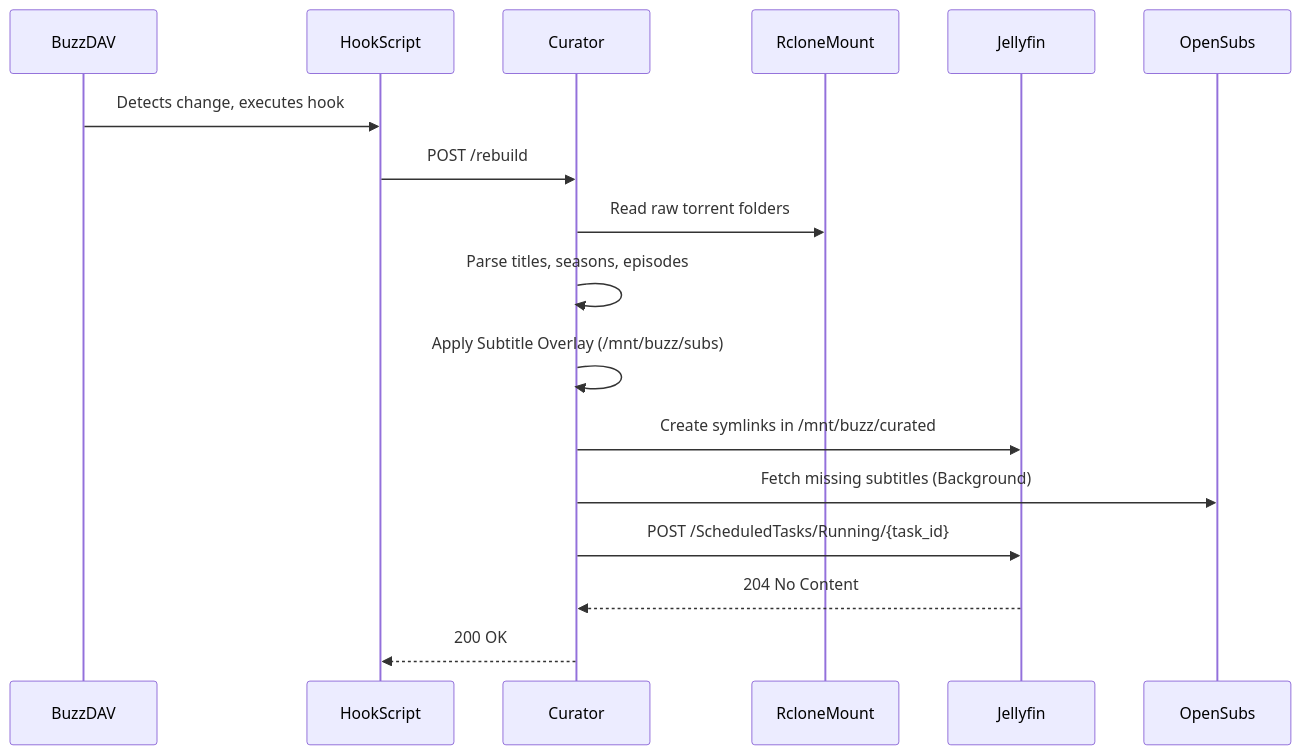
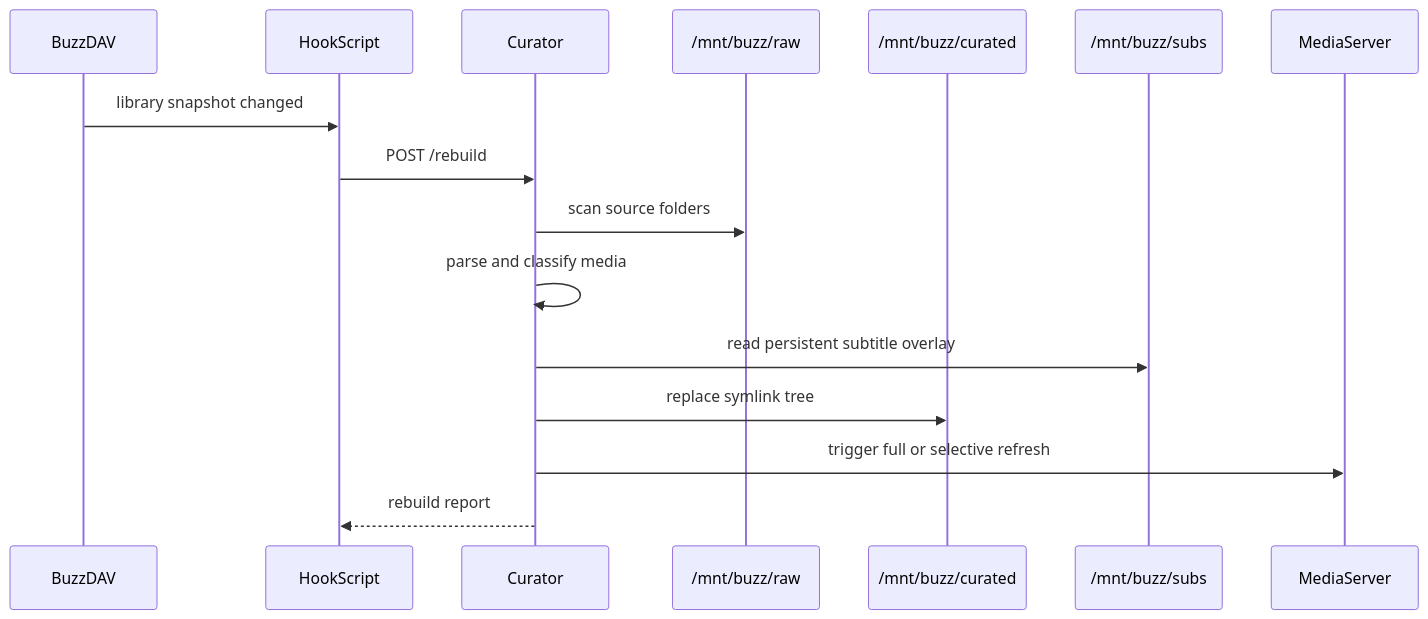
One commit to gchamon/buzz changed the third of 3 diagrams in docs/architecture.md. Above: the diagram before and after it, drawn with Mermaid. The commit also changed other lines of this file and 1 other file, not shown here.

Commit message:
improve readme and architecture

````diff
--- a/docs/architecture.md
+++ b/docs/architecture.md
@@ -82,18 +179,18 @@
 ```mermaid
 sequenceDiagram
     participant BuzzDAV
     participant HookScript
     participant Curator
-    participant RcloneMount
-    participant Jellyfin
-    BuzzDAV->>HookScript: Detects change, executes hook
+    participant Raw as /mnt/buzz/raw
+    participant Curated as /mnt/buzz/curated
+    participant Subs as /mnt/buzz/subs
+    participant MediaServer
+    BuzzDAV->>HookScript: library snapshot changed
     HookScript->>Curator: POST /rebuild
-    Curator->>RcloneMount: Read raw torrent folders
-    Curator->>Curator: Parse titles, seasons, episodes
-    Curator->>Curator: Apply Subtitle Overlay (/mnt/buzz/subs)
-    Curator->>Jellyfin: Create symlinks in /mnt/buzz/curated
-    Curator->>OpenSubs: Fetch missing subtitles (Background)
-    Curator->>Jellyfin: POST /ScheduledTasks/Running/{task_id}
-    Jellyfin-->>Curator: 204 No Content
-    Curator-->>HookScript: 200 OK
+    Curator->>Raw: scan source folders
+    Curator->>Curator: parse and classify media
+    Curator->>Subs: read persistent subtitle overlay
+    Curator->>Curated: replace symlink tree
+    Curator->>MediaServer: trigger full or selective refresh
+    Curator-->>HookScript: rebuild report
 ```
````
